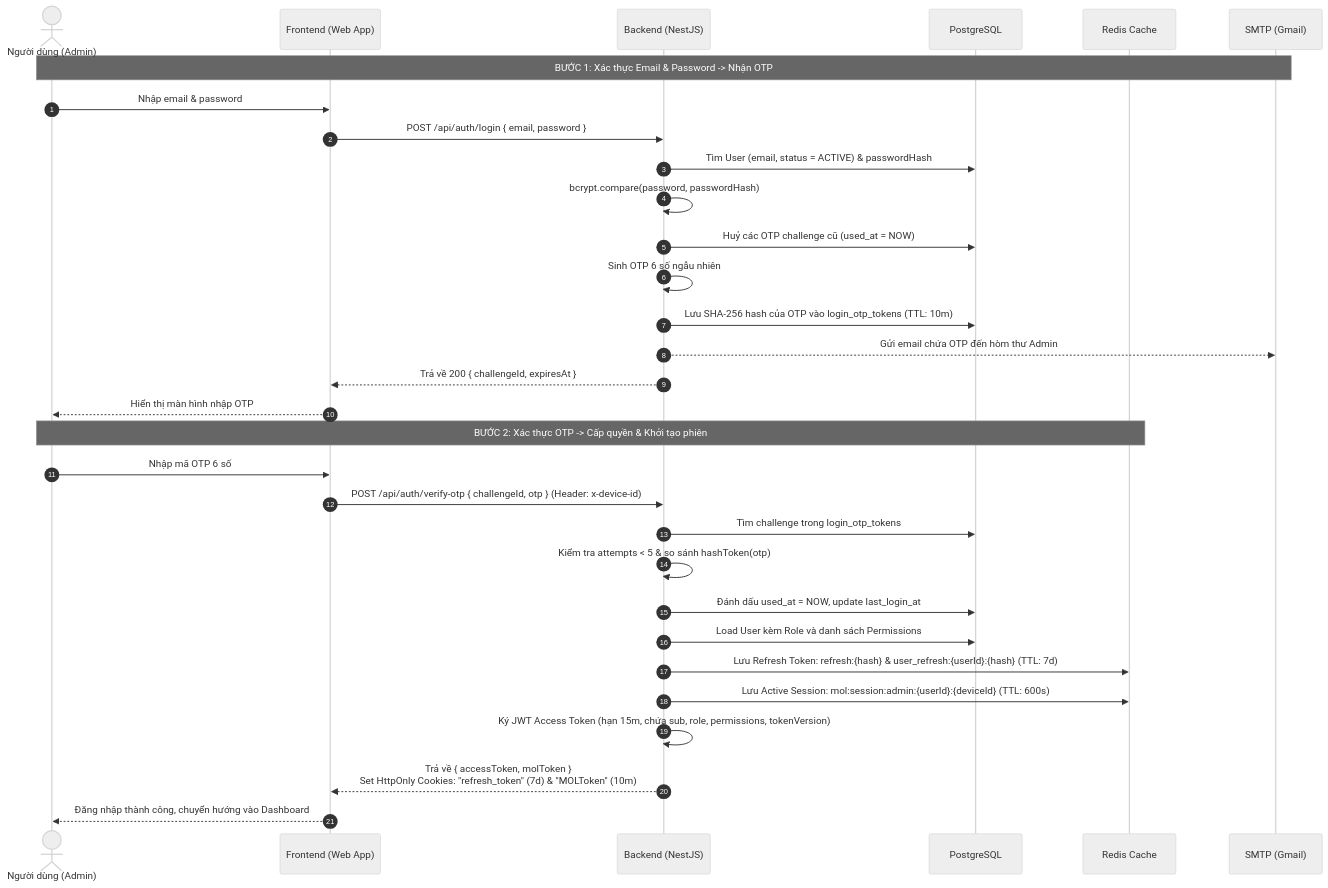
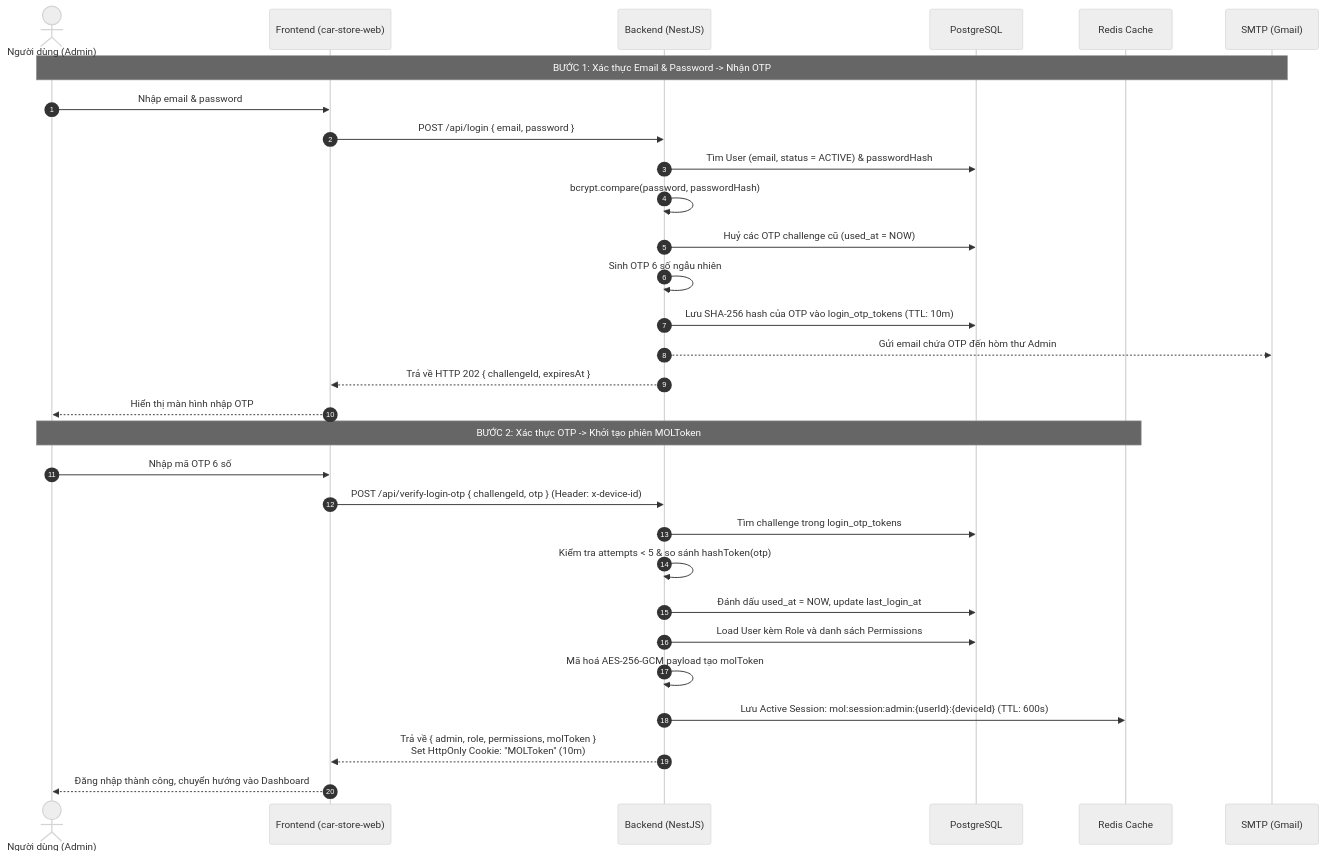
Before and after one commit to lichlt/car-store-backend: the diagram in docs/login-flow.md, drawn with Mermaid (neutral theme). The commit also changed other lines of this file and 17 other files, not shown here.

Commit message:
feat(auth): align authentication architecture 100% with car-store-api using pure MOLToken and Redis

````diff
--- a/docs/login-flow.md
+++ b/docs/login-flow.md
@@ -13,39 +20,38 @@
 ```mermaid
 sequenceDiagram
     autonumber
     actor Admin as Người dùng (Admin)
-    participant Web as Frontend (Web App)
+    participant Web as Frontend (car-store-web)
     participant API as Backend (NestJS)
     participant DB as PostgreSQL
     participant Redis as Redis Cache
     participant Mail as SMTP (Gmail)
 
     %% BƯỚC 1: REQUEST OTP
     Note over Admin,Mail: BƯỚC 1: Xác thực Email & Password -> Nhận OTP
     Admin->>Web: Nhập email & password
-    Web->>API: POST /api/auth/login { email, password }
+    Web->>API: POST /api/login { email, password }
     API->>DB: Tìm User (email, status = ACTIVE) & passwordHash
     API->>API: bcrypt.compare(password, passwordHash)
     API->>DB: Huỷ các OTP challenge cũ (used_at = NOW)
     API->>API: Sinh OTP 6 số ngẫu nhiên
     API->>DB: Lưu SHA-256 hash của OTP vào login_otp_tokens (TTL: 10m)
     API-->>Mail: Gửi email chứa OTP đến hòm thư Admin
-    API-->>Web: Trả về 200 { challengeId, expiresAt }
+    API-->>Web: Trả về HTTP 202 { challengeId, expiresAt }
     Web-->>Admin: Hiển thị màn hình nhập OTP
 
     %% BƯỚC 2: VERIFY OTP
-    Note over Admin,Redis: BƯỚC 2: Xác thực OTP -> Cấp quyền & Khởi tạo phiên
+    Note over Admin,Redis: BƯỚC 2: Xác thực OTP -> Khởi tạo phiên MOLToken
     Admin->>Web: Nhập mã OTP 6 số
-    Web->>API: POST /api/auth/verify-otp { challengeId, otp } (Header: x-device-id)
+    Web->>API: POST /api/verify-login-otp { challengeId, otp } (Header: x-device-id)
     API->>DB: Tìm challenge trong login_otp_tokens
     API->>API: Kiểm tra attempts < 5 & so sánh hashToken(otp)
     API->>DB: Đánh dấu used_at = NOW, update last_login_at
     API->>DB: Load User kèm Role và danh sách Permissions
 
-    %% Khởi tạo Tokens & Redis
-    API->>Redis: Lưu Refresh Token: refresh:{hash} & user_refresh:{userId}:{hash} (TTL: 7d)
+    %% Khởi tạo MOLToken & Redis Session
+    API->>API: Mã hoá AES-256-GCM payload tạo molToken
     API->>Redis: Lưu Active Session: mol:session:admin:{userId}:{deviceId} (TTL: 600s)
-    API->>API: Ký JWT Access Token (hạn 15m, chứa sub, role, permissions, tokenVersion)
-    API-->>Web: Trả về { accessToken, molToken }<br/>Set HttpOnly Cookies: "refresh_token" (7d) & "MOLToken" (10m)
+    API-->>Web: Trả về { admin, role, permissions, molToken }<br/>Set HttpOnly Cookie: "MOLToken" (10m)
     Web-->>Admin: Đăng nhập thành công, chuyển hướng vào Dashboard
 ```
````
